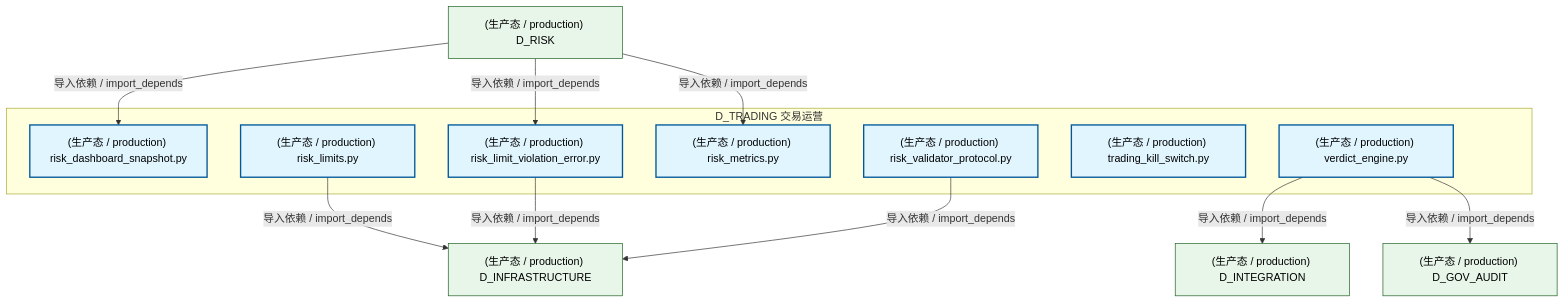
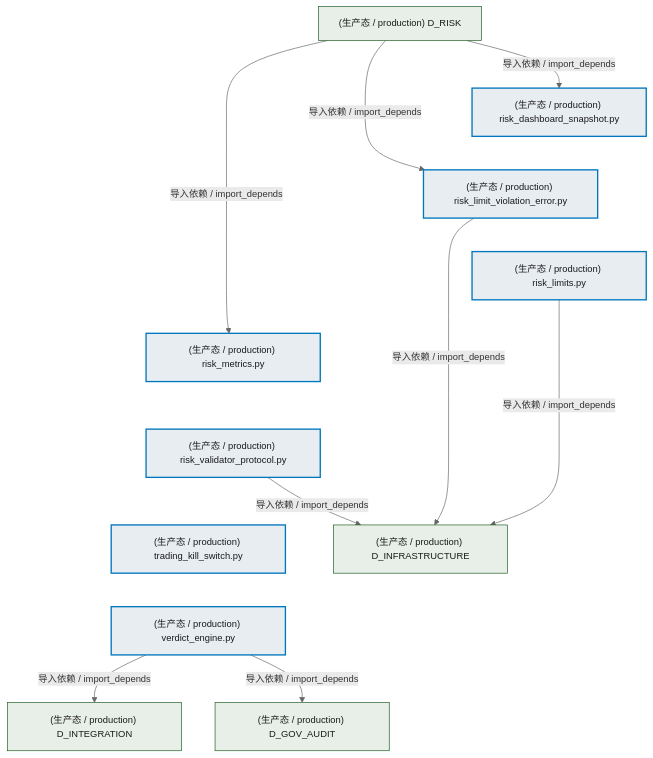
The second of 4 diagrams in docs/02_enterprise_architecture/02_domain_architecture_docs/72_d_trading.md (xuanFelixVan/ZephyrAlpha), drawn with Mermaid before and after one commit. The commit also changed other lines of this file and 76 other files, not shown here.

````diff
--- a/docs/02_enterprise_architecture/02_domain_architecture_docs/72_d_trading.md
+++ b/docs/02_enterprise_architecture/02_domain_architecture_docs/72_d_trading.md
@@ -192,30 +219,35 @@
 ```mermaid
-graph TD
-    subgraph D_TRADING["D_TRADING 交易运营"]
-        src_zephyr_trading_trading_contracts_risk_risk_dashboard_snapshot_py["(生产态 / production) risk_dashboard_snapshot.py"]
-        src_zephyr_trading_trading_contracts_risk_risk_limit_violation_error_py["(生产态 / production) risk_limit_violation_error.py"]
-        src_zephyr_trading_trading_contracts_risk_risk_limits_py["(生产态 / production) risk_limits.py"]
-        src_zephyr_trading_trading_contracts_risk_risk_metrics_py["(生产态 / production) risk_metrics.py"]
-        src_zephyr_trading_trading_contracts_risk_risk_validator_protocol_py["(生产态 / production) risk_validator_protocol.py"]
-        src_zephyr_trading_trading_contracts_risk_trading_kill_switch_py["(生产态 / production) trading_kill_switch.py"]
-        src_zephyr_trading_verdict_engine_py["(生产态 / production) verdict_engine.py"]
-    end
+%%{init: {'theme': 'base', 'themeVariables': {'primaryColor': '#eaeaea', 'primaryTextColor': '#333333', 'primaryBorderColor': '#666666', 'lineColor': '#666666', 'secondaryColor': '#eaeaea', 'tertiaryColor': '#eaeaea', 'fontSize': '14px'}}}%%
+flowchart TD
+    src_zephyr_trading_trading_contracts_risk_risk_dashboard_snapshot_py["(生产态 / production) risk_dashboard_snapshot.py"]
+    src_zephyr_trading_trading_contracts_risk_risk_limit_violation_error_py["(生产态 / production) risk_limit_violation_error.py"]
+    src_zephyr_trading_trading_contracts_risk_risk_limits_py["(生产态 / production) risk_limits.py"]
+    src_zephyr_trading_trading_contracts_risk_risk_metrics_py["(生产态 / production) risk_metrics.py"]
+    src_zephyr_trading_trading_contracts_risk_risk_validator_protocol_py["(生产态 / production) risk_validator_protocol.py"]
+    src_zephyr_trading_trading_contracts_risk_trading_kill_switch_py["(生产态 / production) trading_kill_switch.py"]
+    src_zephyr_trading_verdict_engine_py["(生产态 / production) verdict_engine.py"]
+    src_zephyr_trading_trading_contracts_risk_risk_dashboard_snapshot_py ~~~ src_zephyr_trading_trading_contracts_risk_risk_limit_violation_error_py
+    src_zephyr_trading_trading_contracts_risk_risk_limit_violation_error_py ~~~ src_zephyr_trading_trading_contracts_risk_risk_limits_py
+    src_zephyr_trading_trading_contracts_risk_risk_limits_py ~~~ src_zephyr_trading_trading_contracts_risk_risk_metrics_py
+    src_zephyr_trading_trading_contracts_risk_risk_metrics_py ~~~ src_zephyr_trading_trading_contracts_risk_risk_validator_protocol_py
+    src_zephyr_trading_trading_contracts_risk_risk_validator_protocol_py ~~~ src_zephyr_trading_trading_contracts_risk_trading_kill_switch_py
+    src_zephyr_trading_trading_contracts_risk_trading_kill_switch_py ~~~ src_zephyr_trading_verdict_engine_py
     D_INFRASTRUCTURE["(生产态 / production) D_INFRASTRUCTURE"]
     src_zephyr_trading_trading_contracts_risk_risk_limits_py -->|导入依赖 / import_depends| D_INFRASTRUCTURE
     src_zephyr_trading_trading_contracts_risk_risk_limit_violation_error_py -->|导入依赖 / import_depends| D_INFRASTRUCTURE
     D_INTEGRATION["(生产态 / production) D_INTEGRATION"]
     src_zephyr_trading_verdict_engine_py -->|导入依赖 / import_depends| D_INTEGRATION
     D_GOV_AUDIT["(生产态 / production) D_GOV_AUDIT"]
     src_zephyr_trading_verdict_engine_py -->|导入依赖 / import_depends| D_GOV_AUDIT
     src_zephyr_trading_trading_contracts_risk_risk_validator_protocol_py -->|导入依赖 / import_depends| D_INFRASTRUCTURE
     D_RISK["(生产态 / production) D_RISK"]
+    D_RISK -->|导入依赖 / import_depends| src_zephyr_trading_trading_contracts_risk_risk_limit_violation_error_py
     D_RISK -->|导入依赖 / import_depends| src_zephyr_trading_trading_contracts_risk_risk_dashboard_snapshot_py
-    D_RISK -->|导入依赖 / import_depends| src_zephyr_trading_trading_contracts_risk_risk_limit_violation_error_py
     D_RISK -->|导入依赖 / import_depends| src_zephyr_trading_trading_contracts_risk_risk_metrics_py
-    classDef production fill:#e1f5fe,stroke:#01579b,stroke-width:2px,color:#000
-    classDef design fill:#fff3e0,stroke:#e65100,stroke-width:2px,color:#000,stroke-dasharray: 5 5
-    classDef external_prod fill:#e8f5e9,stroke:#1b5e20,stroke-width:1px,color:#000
-    classDef external_design fill:#fce4ec,stroke:#880e4f,stroke-width:1px,color:#000,stroke-dasharray: 5 5
+    classDef production fill:#e8edf2,stroke:#0277bd,stroke-width:2px,color:#1a1a1a
+    classDef design fill:#f0ebe3,stroke:#bf360c,stroke-width:2px,color:#1a1a1a,stroke-dasharray: 5 5
+    classDef external_prod fill:#e8efe9,stroke:#1b5e20,stroke-width:1px,color:#1a1a1a
+    classDef external_design fill:#efe5ea,stroke:#880e4f,stroke-width:1px,color:#1a1a1a,stroke-dasharray: 5 5
     class src_zephyr_trading_trading_contracts_risk_risk_dashboard_snapshot_py,src_zephyr_trading_trading_contracts_risk_risk_limit_violation_error_py,src_zephyr_trading_trading_contracts_risk_risk_limits_py,src_zephyr_trading_trading_contracts_risk_risk_metrics_py,src_zephyr_trading_trading_contracts_risk_risk_validator_protocol_py,src_zephyr_trading_trading_contracts_risk_trading_kill_switch_py,src_zephyr_trading_verdict_engine_py production
     class D_INFRASTRUCTURE,D_INTEGRATION,D_GOV_AUDIT,D_RISK external_prod
 ```
````
